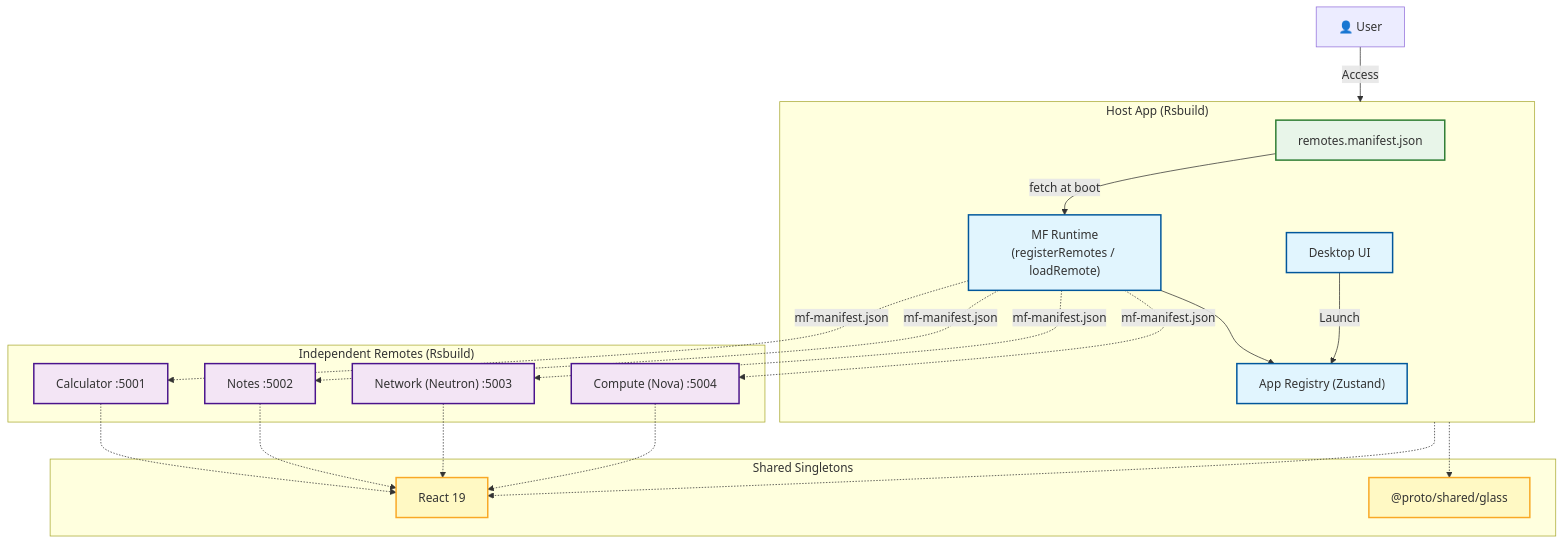
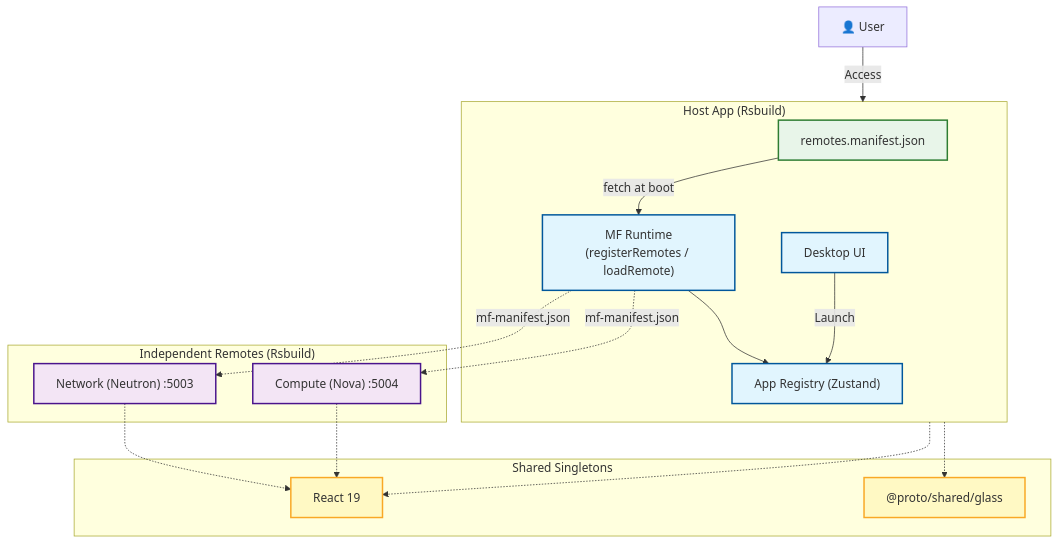
The diagram in README.md (KBH-js/proto), drawn with Mermaid before and after one commit. The commit also changed other lines of this file and 66 other files, not shown here.

First line of the commit message:
refactor(remotes): calculator·notes remote 제거

````diff
--- a/README.md
+++ b/README.md
@@ -23,47 +23,41 @@
 ```mermaid
 graph TD
     classDef host fill:#e1f5fe,stroke:#01579b,stroke-width:2px
     classDef remote fill:#f3e5f5,stroke:#4a148c,stroke-width:2px
     classDef shared fill:#fff9c4,stroke:#f9a825,stroke-width:2px
     classDef manifest fill:#e8f5e9,stroke:#2e7d32,stroke-width:2px
 
     User["👤 User"] -->|Access| Host
 
     subgraph Host ["Host App (Rsbuild)"]
         Manifest["remotes.manifest.json"]
         Runtime["MF Runtime<br/>(registerRemotes / loadRemote)"]
         Registry["App Registry (Zustand)"]
         Desktop["Desktop UI"]
         Manifest -->|fetch at boot| Runtime
         Runtime --> Registry
         Desktop -->|Launch| Registry
     end
 
     subgraph Remotes ["Independent Remotes (Rsbuild)"]
-        Calc["Calculator :5001"]
-        Notes["Notes :5002"]
         Net["Network (Neutron) :5003"]
         Comp["Compute (Nova) :5004"]
     end
 
     subgraph Shared ["Shared Singletons"]
         ReactLib[React 19]
         GlassLib["@proto/shared/glass"]
     end
 
-    Runtime -.->|mf-manifest.json| Calc
-    Runtime -.->|mf-manifest.json| Notes
     Runtime -.->|mf-manifest.json| Net
     Runtime -.->|mf-manifest.json| Comp
     Host -.-> ReactLib
     Host -.-> GlassLib
-    Calc -.-> ReactLib
-    Notes -.-> ReactLib
     Net -.-> ReactLib
     Comp -.-> ReactLib
 
     class Manifest manifest
     class Runtime,Registry,Desktop host
-    class Calc,Notes,Net,Comp remote
+    class Net,Comp remote
     class ReactLib,GlassLib shared
 ```
````
